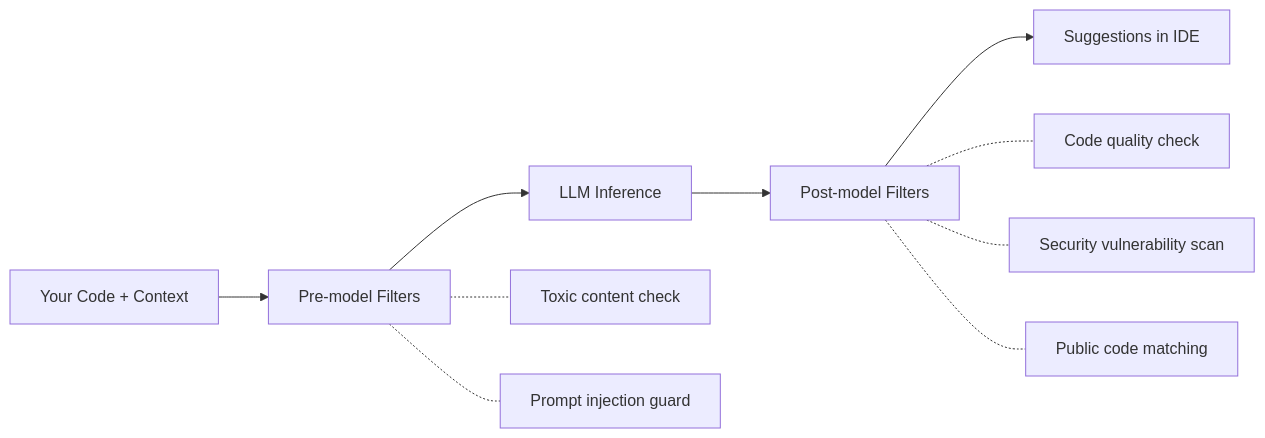
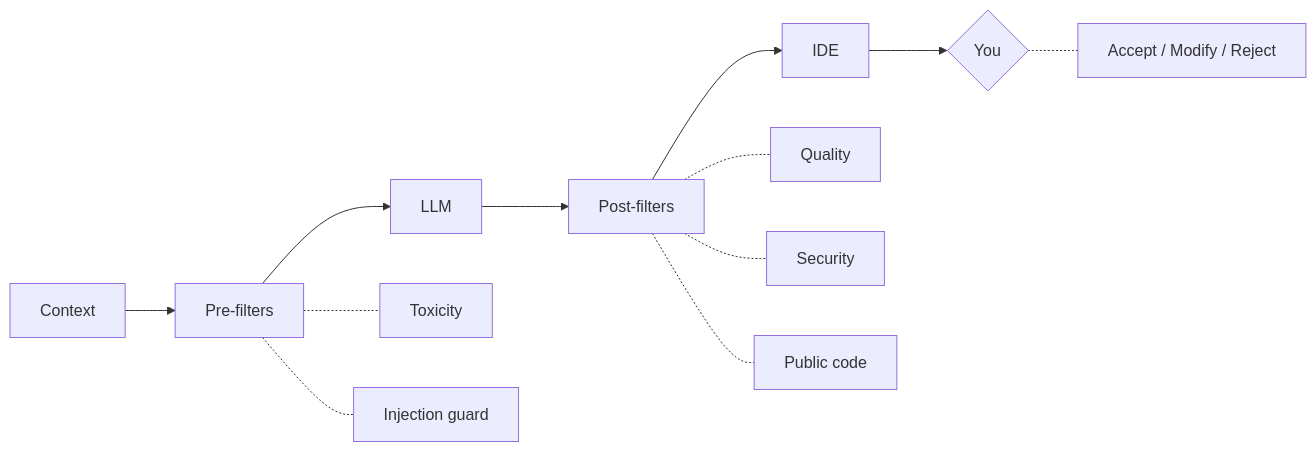
The diagram in slides/pages/101/how-copilot-works.md (juangcarmona/github_copilot_000_hub), drawn with Mermaid before and after one commit. The commit also changed other lines of this file and 265 other files, not shown here.

````diff
--- a/slides/pages/101/how-copilot-works.md
+++ b/slides/pages/101/how-copilot-works.md
@@ -10,13 +10,15 @@
-```mermaid {scale: 0.75}
+```mermaid {scale: 0.65}
 flowchart LR
-    A[Your Code + Context] --> B[Pre-model Filters]
-    B --> C[LLM Inference]
-    C --> D[Post-model Filters]
-    D --> E[Suggestions in IDE]
+    A[Context] --> B[Pre-filters]
+    B --> C[LLM]
+    C --> D[Post-filters]
+    D --> E[IDE]
+    E --> F{You}
 
-    B -.- B1[Toxic content check]
-    B -.- B2[Prompt injection guard]
-    D -.- D1[Code quality check]
-    D -.- D2[Security vulnerability scan]
-    D -.- D3[Public code matching]
+    B -.- B1[Toxicity]
+    B -.- B2[Injection guard]
+    D -.- D1[Quality]
+    D -.- D2[Security]
+    D -.- D3[Public code]
+    F -.- F1[Accept / Modify / Reject]
 ```
````
